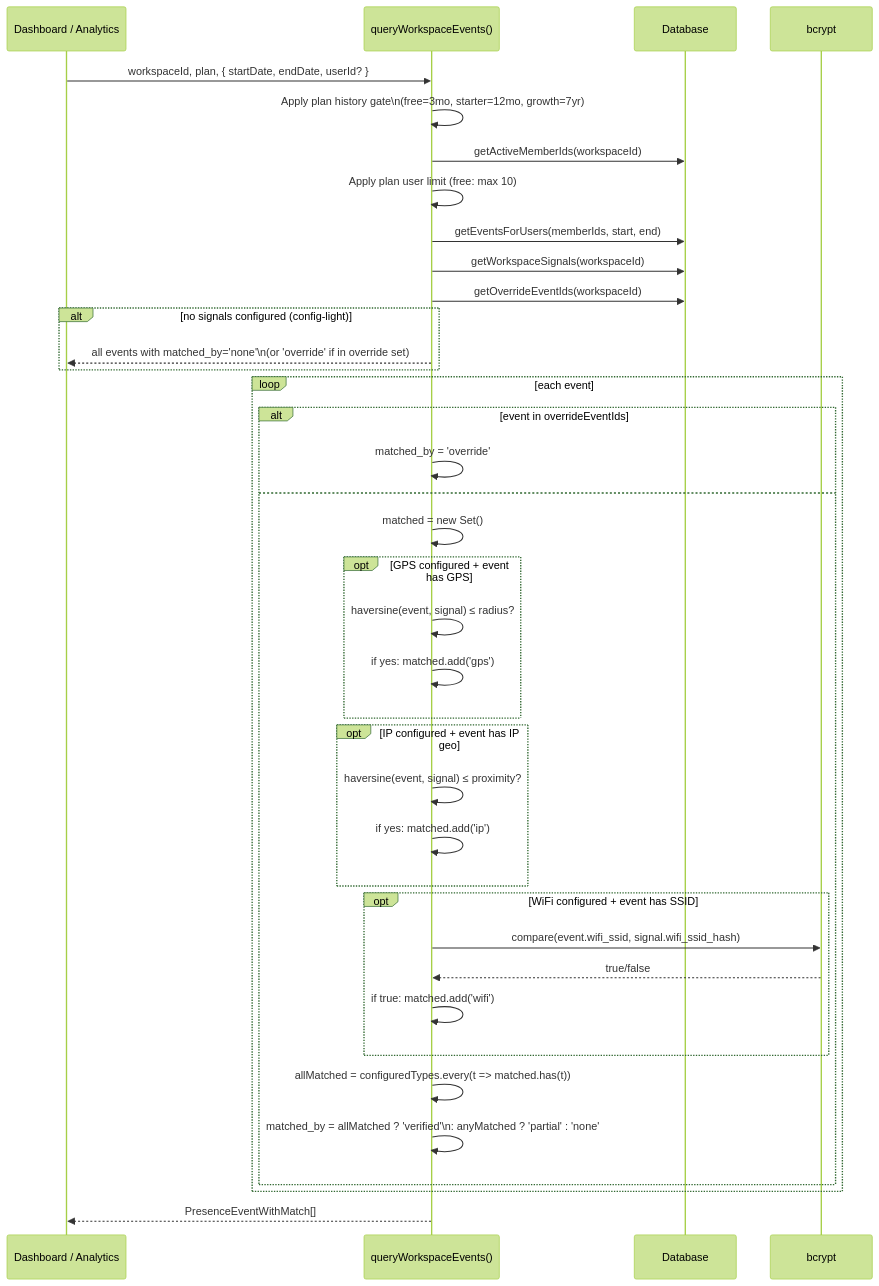
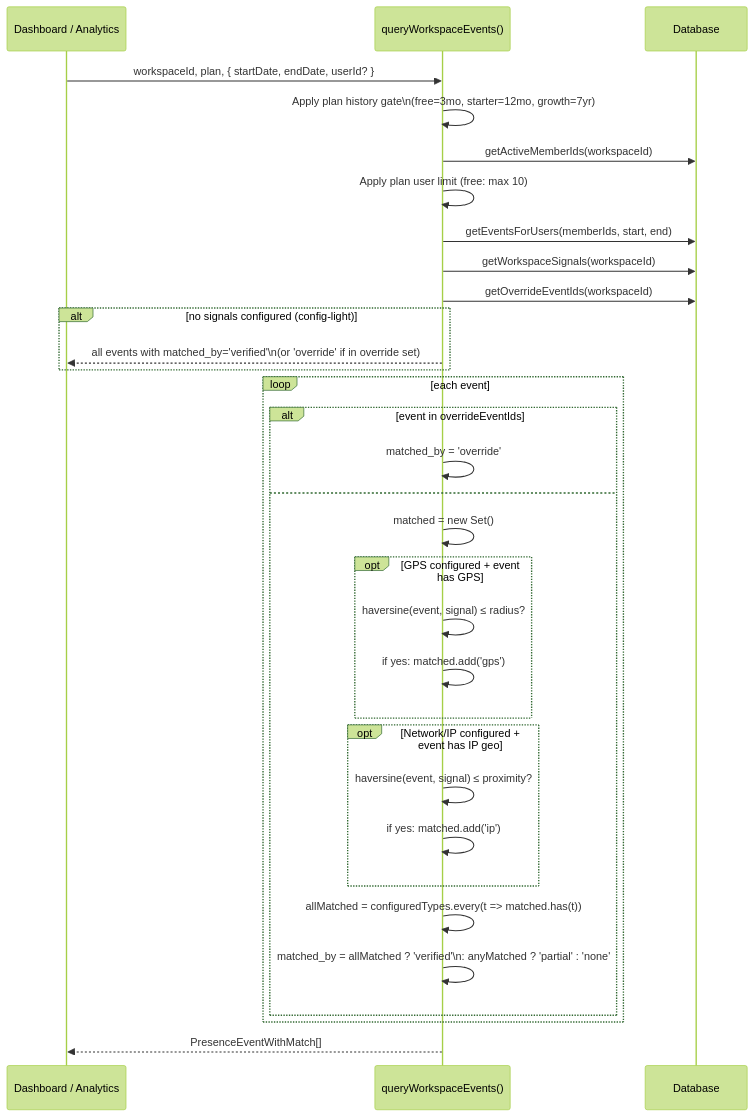
Before and after one commit to ksharmaGN/venzio: the second of 4 diagrams in docs/architecture/signal-matching.md, drawn with Mermaid (forest theme). The commit also changed other lines of this file and 14 other files, not shown here.

````diff
--- a/docs/architecture/signal-matching.md
+++ b/docs/architecture/signal-matching.md
@@ -88,49 +84,42 @@
 ```mermaid
 sequenceDiagram
   participant Caller as Dashboard / Analytics
   participant QWE as queryWorkspaceEvents()
   participant DB as Database
-  participant Bcrypt as bcrypt
 
   Caller->>QWE: workspaceId, plan, { startDate, endDate, userId? }
 
   QWE->>QWE: Apply plan history gate\n(free=3mo, starter=12mo, growth=7yr)
   QWE->>DB: getActiveMemberIds(workspaceId)
   QWE->>QWE: Apply plan user limit (free: max 10)
   QWE->>DB: getEventsForUsers(memberIds, start, end)
   QWE->>DB: getWorkspaceSignals(workspaceId)
   QWE->>DB: getOverrideEventIds(workspaceId)
 
   alt no signals configured (config-light)
-    QWE-->>Caller: all events with matched_by='none'\n(or 'override' if in override set)
+    QWE-->>Caller: all events with matched_by='verified'\n(or 'override' if in override set)
   end
 
   loop each event
     alt event in overrideEventIds
       QWE->>QWE: matched_by = 'override'
     else
       QWE->>QWE: matched = new Set()
 
       opt GPS configured + event has GPS
         QWE->>QWE: haversine(event, signal) ≤ radius?
         QWE->>QWE: if yes: matched.add('gps')
       end
 
-      opt IP configured + event has IP geo
+      opt Network/IP configured + event has IP geo
         QWE->>QWE: haversine(event, signal) ≤ proximity?
         QWE->>QWE: if yes: matched.add('ip')
-      end
-
-      opt WiFi configured + event has SSID
-        QWE->>Bcrypt: compare(event.wifi_ssid, signal.wifi_ssid_hash)
-        Bcrypt-->>QWE: true/false
-        QWE->>QWE: if true: matched.add('wifi')
       end
 
       QWE->>QWE: allMatched = configuredTypes.every(t => matched.has(t))
       QWE->>QWE: matched_by = allMatched ? 'verified'\n: anyMatched ? 'partial' : 'none'
     end
   end
 
   QWE-->>Caller: PresenceEventWithMatch[]
 ```
````
